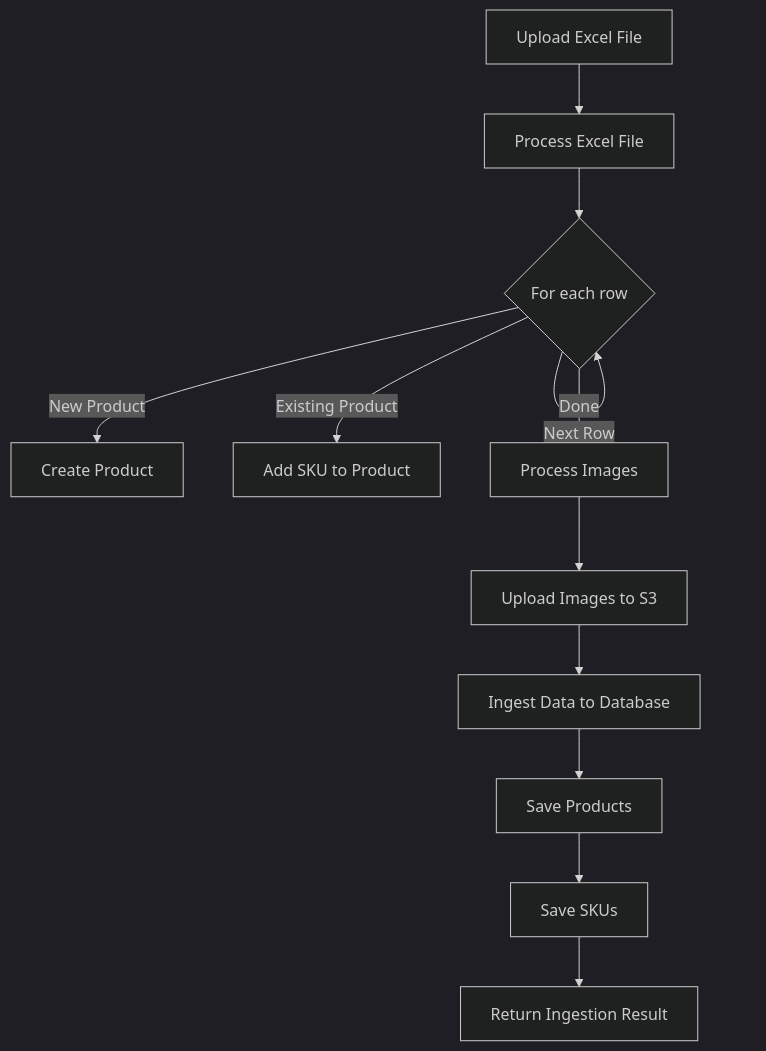
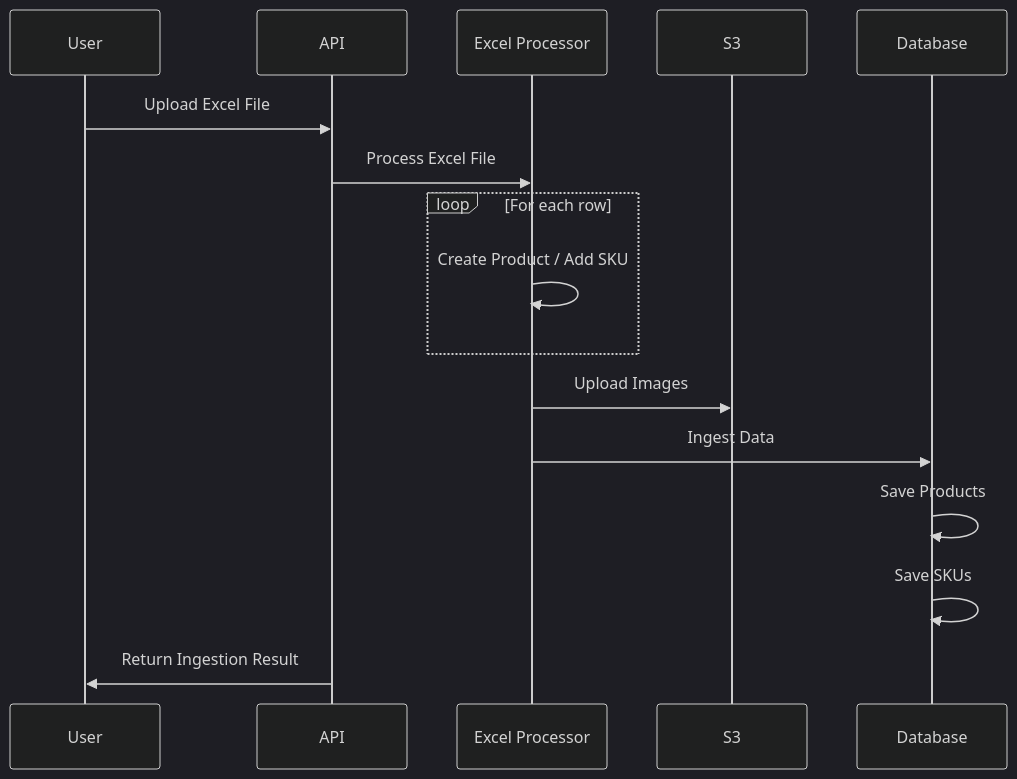
One commit to Abhi011999/briskk-sku-template-assignment changed the second of 2 diagrams in README.md. Above: the diagram before and after it, drawn with Mermaid (dark theme).

Commit message:
updated with seq diag

````diff
--- a/README.md
+++ b/README.md
@@ -47,14 +47,19 @@
 ```mermaid
-    flowchart TD
-        A[Upload Excel File] --> B[Process Excel File]
-        B --> C{For each row}
-        C --> |New Product| D[Create Product]
-        C --> |Existing Product| E[Add SKU to Product]
-        C --> |Next Row| C
-        C --> |Done| F[Process Images]
-        F --> G[Upload Images to S3]
-        G --> H[Ingest Data to Database]
-        H --> I[Save Products]
-        I --> J[Save SKUs]
-        J --> K[Return Ingestion Result]
+sequenceDiagram
+    participant U as User
+    participant A as API
+    participant E as Excel Processor
+    participant S as S3
+    participant DB as Database
+
+    U->>A: Upload Excel File
+    A->>E: Process Excel File
+    loop For each row
+        E->>E: Create Product / Add SKU
+    end
+    E->>S: Upload Images
+    E->>DB: Ingest Data
+    DB->>DB: Save Products
+    DB->>DB: Save SKUs
+    A->>U: Return Ingestion Result
 ```
````
